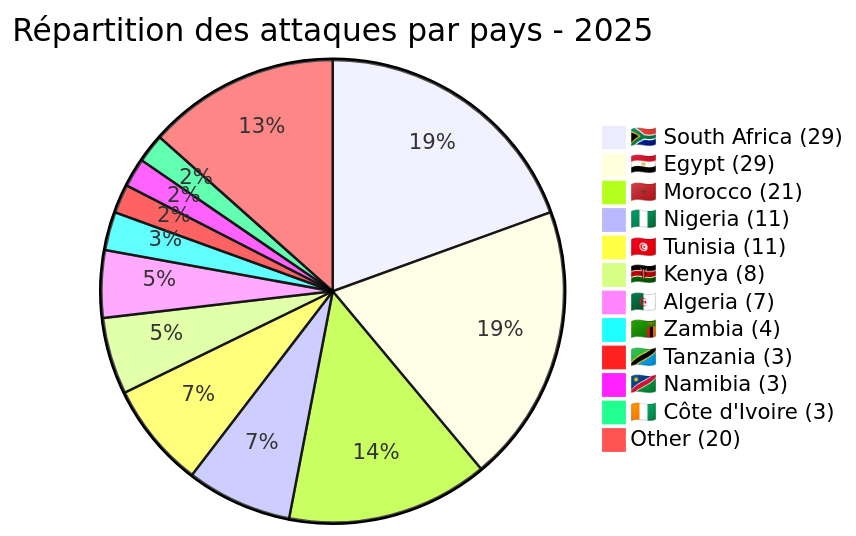
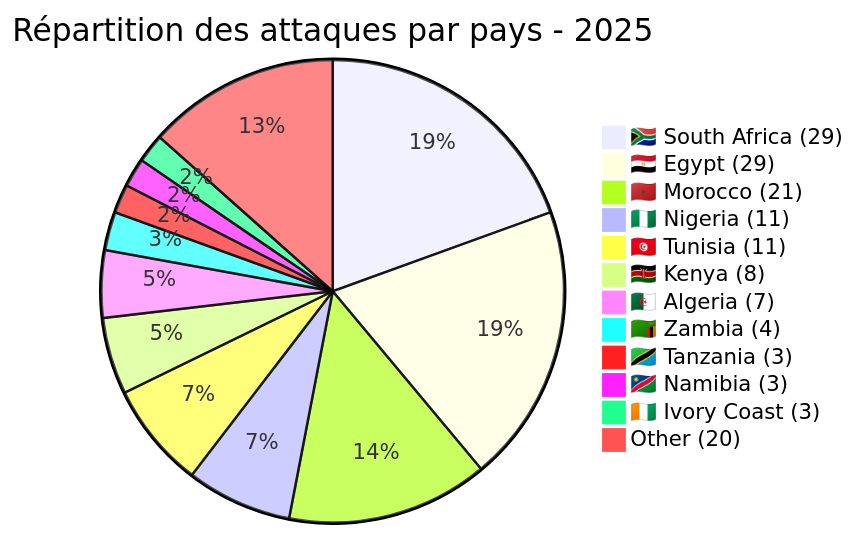
Before and after one commit to Hatchepsoute/AFRINTEL: the sixth of 7 diagrams in reports/2025/README.md, drawn with Mermaid. The commit also changed other lines of this file and 1 other file, not shown here.

````diff
--- a/reports/2025/README.md
+++ b/reports/2025/README.md
@@ -171,15 +173,15 @@
 ```mermaid
 pie title Répartition des attaques par pays - 2025
     "🇿🇦 South Africa (29)" : 29
     "🇪🇬 Egypt (29)" : 29
     "🇲🇦 Morocco (21)" : 21
     "🇳🇬 Nigeria (11)" : 11
     "🇹🇳 Tunisia (11)" : 11
     "🇰🇪 Kenya (8)" : 8
     "🇩🇿 Algeria (7)" : 7
     "🇿🇲 Zambia (4)" : 4
     "🇹🇿 Tanzania (3)" : 3
     "🇳🇦 Namibia (3)" : 3
-    "🇨🇮 Côte d'Ivoire (3)" : 3
+    "🇨🇮 Ivory Coast (3)" : 3
     "Other (20)" : 20
 ```
````
